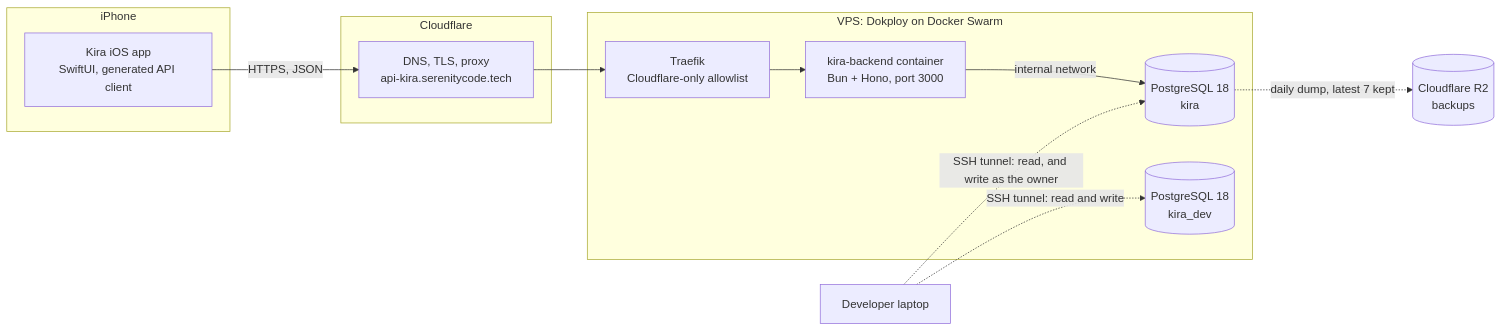
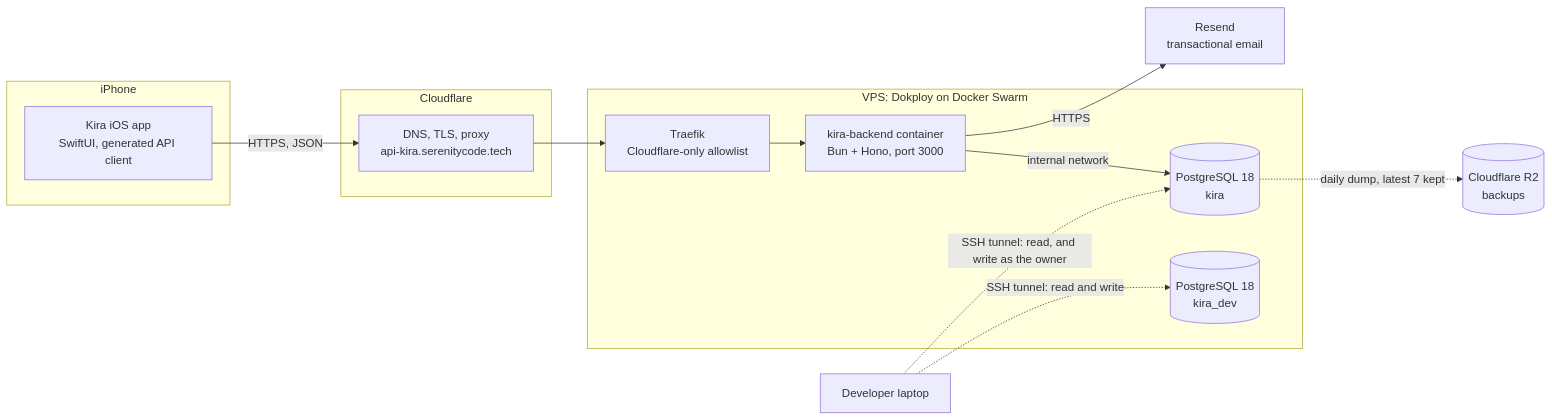
The first of 11 diagrams in README.md (Kira-iOS-Project/kira-backend), drawn with Mermaid before and after one commit. The commit also changed other lines of this file and 4 other files, not shown here.

````diff
--- a/README.md
+++ b/README.md
@@ -56,23 +63,25 @@
 ```mermaid
 flowchart LR
   subgraph phone["iPhone"]
     app["Kira iOS app<br/>SwiftUI, generated API client"]
   end
   subgraph edge["Cloudflare"]
     cf["DNS, TLS, proxy<br/>api-kira.serenitycode.tech"]
   end
   subgraph vps["VPS: Dokploy on Docker Swarm"]
     traefik["Traefik<br/>Cloudflare-only allowlist"]
     api["kira-backend container<br/>Bun + Hono, port 3000"]
     db[("PostgreSQL 18<br/>kira")]
     devdb[("PostgreSQL 18<br/>kira_dev")]
   end
   r2[("Cloudflare R2<br/>backups")]
+  resend["Resend<br/>transactional email"]
   laptop["Developer laptop"]
 
   app -- "HTTPS, JSON" --> cf --> traefik --> api
   api -- "internal network" --> db
+  api -- "HTTPS" --> resend
   db -. "daily dump, latest 7 kept" .-> r2
   laptop -. "SSH tunnel: read and write" .-> devdb
   laptop -. "SSH tunnel: read, and write as the owner" .-> db
 ```
````
